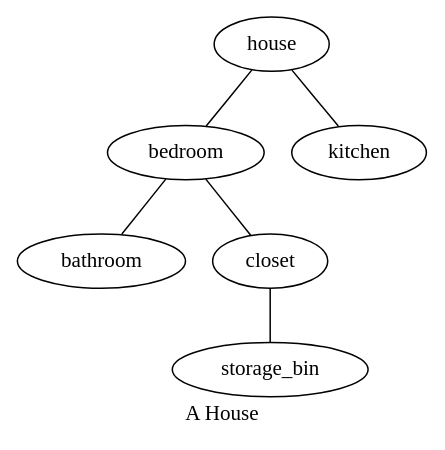
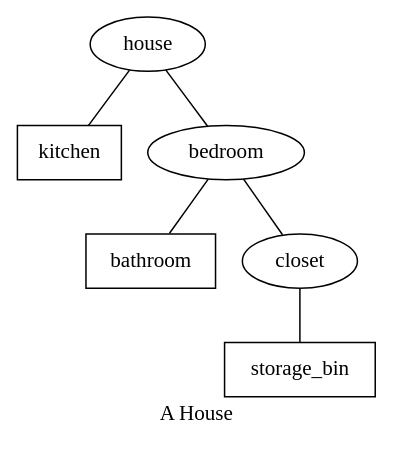
Before and after one commit to anderbubble/CaveMUSH-map: the diagram in house_0.dot, drawn with Graphviz. The commit also changed 5 other files, not shown here.

```diff
--- a/house_0.dot
+++ b/house_0.dot
@@ -1,11 +1,15 @@
 graph cluster_house_0 {
         label = "A House"
         style = filled
         color = lightgrey
+
+        storage_bin[shape="box"]
+        bathroom[shape="box"]
+        kitchen[shape="box"]
 
         house -- bedroom
         house -- kitchen
 
         bedroom -- bathroom
         bedroom -- closet -- storage_bin
 }
```
